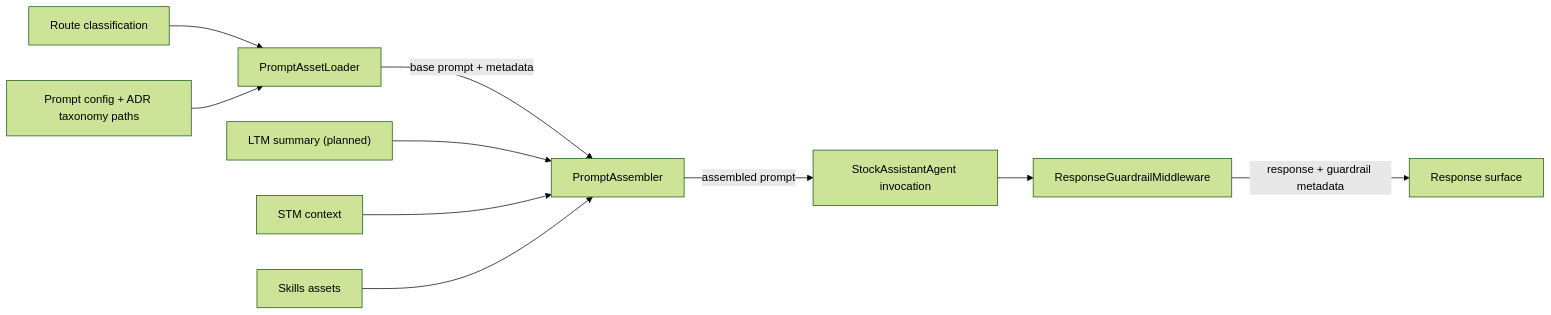
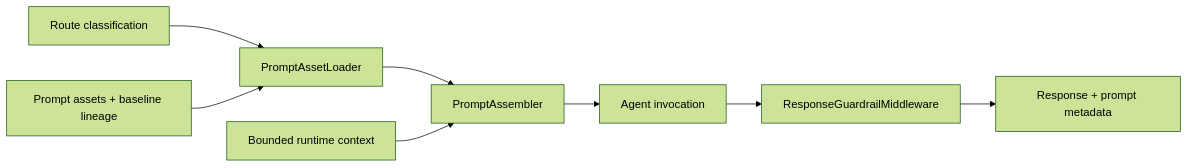
Before and after one commit to d-dragon/dp-stock-investment-assistant: the third of 7 diagrams in docs/domains/agent/TECHNICAL_DESIGN.md, drawn with Mermaid (forest theme). The commit also changed other lines of this file and 1 other file, not shown here.

Commit message:
docs(agent): refine prompt system architecture and design with clarifying transition from hardcoded to governed prompt assets

````diff
--- a/docs/domains/agent/TECHNICAL_DESIGN.md
+++ b/docs/domains/agent/TECHNICAL_DESIGN.md
@@ -442,12 +453,10 @@
 ```mermaid
 flowchart LR
 	Route["Route classification"] --> Loader["PromptAssetLoader"]
-	Config["Prompt config + ADR taxonomy paths"] --> Loader
-	Loader -->|"base prompt + metadata"| Assembler["PromptAssembler"]
-	LTM["LTM summary (planned)"] --> Assembler
-	STM["STM context"] --> Assembler
-	Skills["Skills assets"] --> Assembler
-	Assembler -->|"assembled prompt"| Agent["StockAssistantAgent invocation"]
+	Assets["Prompt assets + baseline lineage"] --> Loader
+	Loader --> Assembler["PromptAssembler"]
+	Context["Bounded runtime context"] --> Assembler
+	Assembler --> Agent["Agent invocation"]
 	Agent --> Guard["ResponseGuardrailMiddleware"]
-	Guard -->|"response + guardrail metadata"| Out["Response surface"]
+	Guard --> Out["Response + prompt metadata"]
 ```
````
